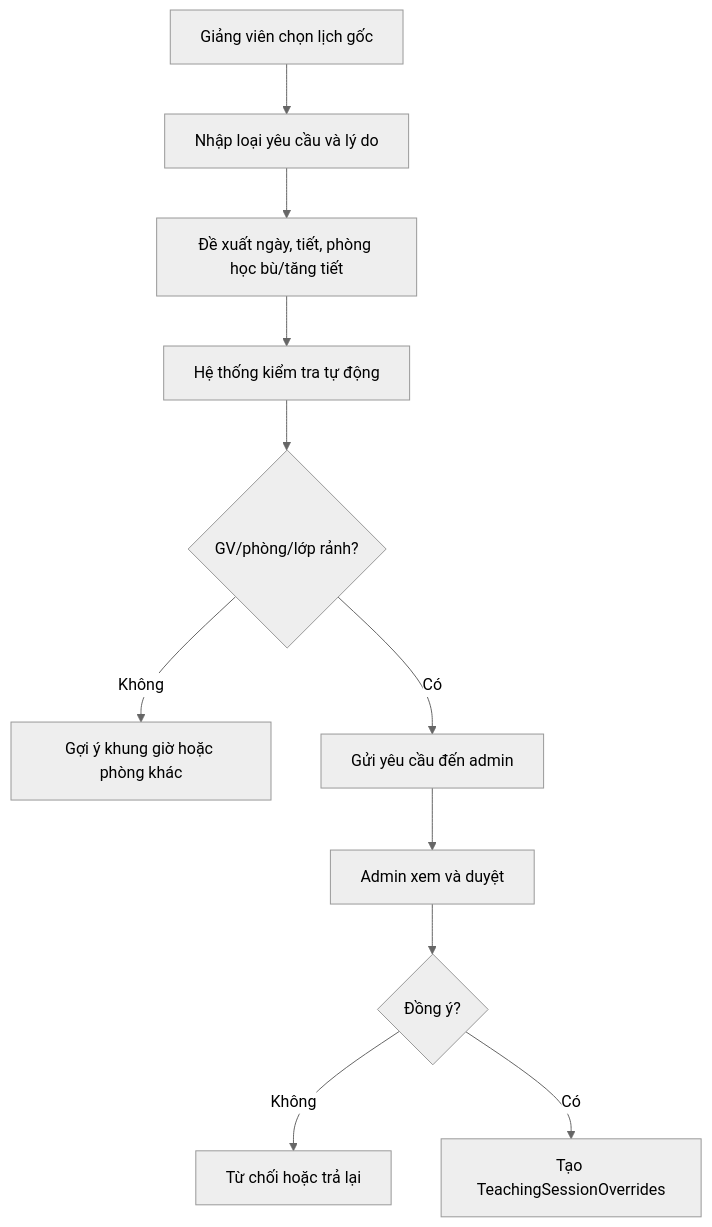
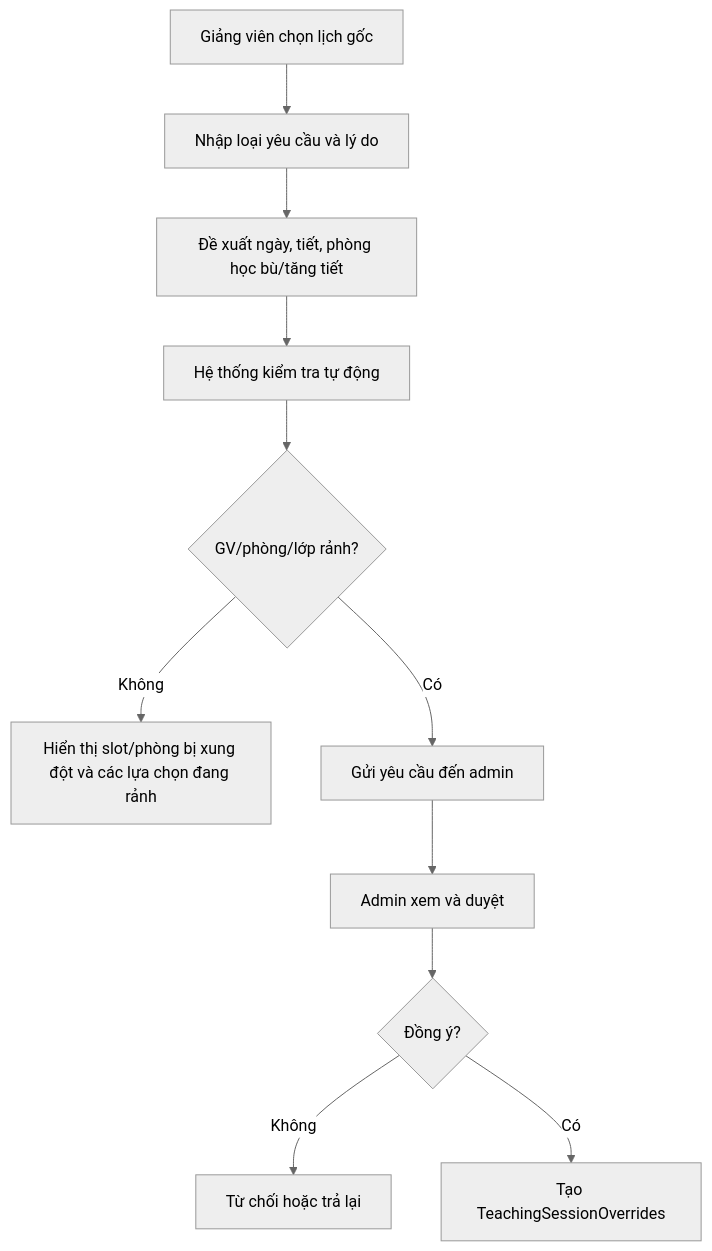
The tenth of 11 diagrams in backend/docs/20260530_chapter3_ui_implementation.md (NguyenThoNgocIT/ems_educations), drawn with Mermaid (neutral theme) before and after one commit. The commit also changed other lines of this file and 14 other files, not shown here.

````diff
--- a/backend/docs/20260530_chapter3_ui_implementation.md
+++ b/backend/docs/20260530_chapter3_ui_implementation.md
@@ -571,13 +571,13 @@
 ```mermaid
 flowchart TD
     A["Giảng viên chọn lịch gốc"] --> B["Nhập loại yêu cầu và lý do"]
     B --> C["Đề xuất ngày, tiết, phòng học bù/tăng tiết"]
     C --> D["Hệ thống kiểm tra tự động"]
     D --> E{"GV/phòng/lớp rảnh?"}
-    E -- Không --> F["Gợi ý khung giờ hoặc phòng khác"]
+    E -- Không --> F["Hiển thị slot/phòng bị xung đột và các lựa chọn đang rảnh"]
     E -- Có --> G["Gửi yêu cầu đến admin"]
     G --> H["Admin xem và duyệt"]
     H --> I{"Đồng ý?"}
     I -- Không --> J["Từ chối hoặc trả lại"]
     I -- Có --> K["Tạo TeachingSessionOverrides"]
 ```
````
